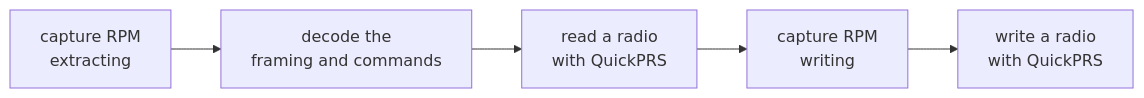
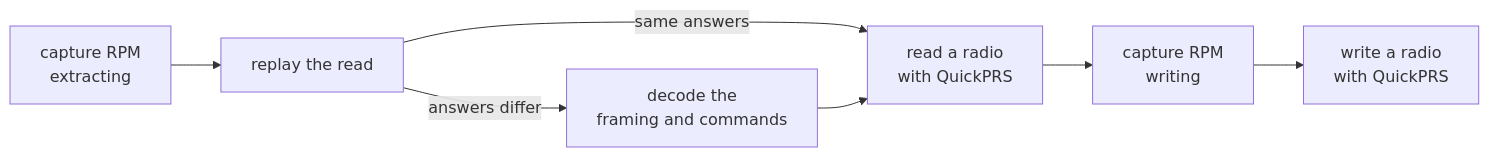
One commit to TheAbider/QuickPRS changed the third of 3 diagrams in docs/bluetooth.md. Above: the diagram before and after it, drawn with Mermaid. The commit also changed other lines of this file and 10 other files, not shown here.

First line of the commit message:
radio replay; modem lines in sniffed captures; never write over a capture

````diff
--- a/docs/bluetooth.md
+++ b/docs/bluetooth.md
@@ -151,6 +184,7 @@
 ```mermaid
 flowchart LR
-    A["capture RPM<br/>extracting"] --> B["decode the<br/>framing and commands"]
-    B --> C["read a radio<br/>with QuickPRS"]
-    C --> D["capture RPM<br/>writing"] --> E["write a radio<br/>with QuickPRS"]
+    A["capture RPM<br/>extracting"] --> B["replay the read"]
+    B -->|"same answers"| C["read a radio<br/>with QuickPRS"]
+    B -->|"answers differ"| D["decode the<br/>framing and commands"] --> C
+    C --> E["capture RPM<br/>writing"] --> F["write a radio<br/>with QuickPRS"]
 ```
````
